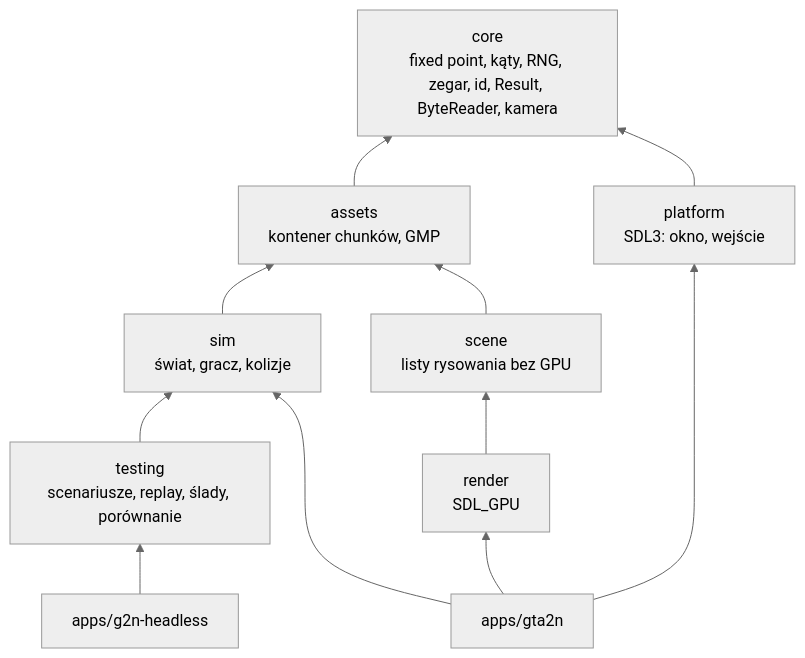
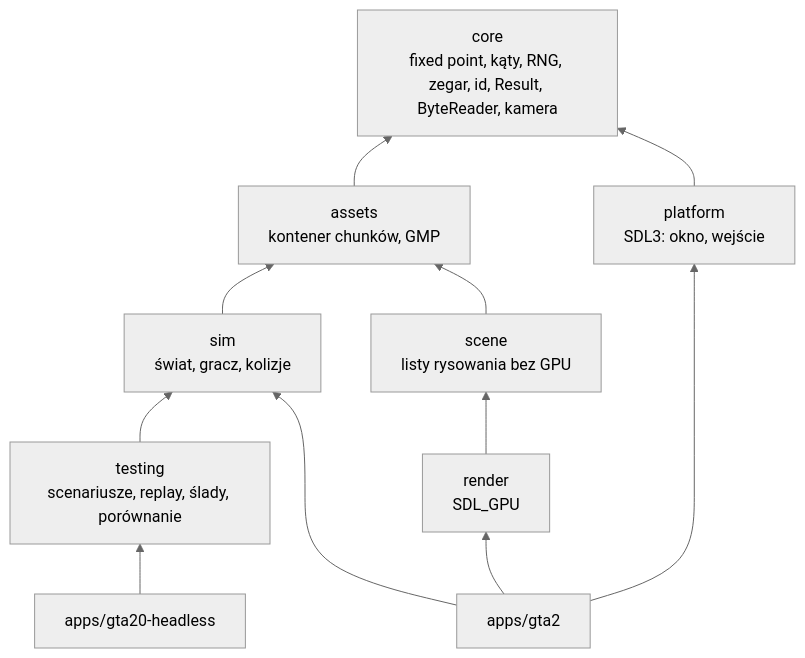
The diagram in docs/architecture.md (grzebla/gta2.0), drawn with Mermaid (neutral theme) before and after one commit. The commit also changed other lines of this file and 125 other files, not shown here.

First line of the commit message:
Rename project to GTA2.0 (gta20 namespace, gta2 app, gta20-headless)

````diff
--- a/docs/architecture.md
+++ b/docs/architecture.md
@@ -18,14 +18,14 @@
 ```mermaid
 flowchart BT
   core[core<br/>fixed point, kąty, RNG, zegar, id, Result, ByteReader, kamera]
   assets[assets<br/>kontener chunków, GMP] --> core
   sim[sim<br/>świat, gracz, kolizje] --> assets
   scene[scene<br/>listy rysowania bez GPU] --> assets
   testing[testing<br/>scenariusze, replay, ślady, porównanie] --> sim
   render[render<br/>SDL_GPU] --> scene
   platform[platform<br/>SDL3: okno, wejście] --> core
-  app[apps/gta2n] --> render
+  app[apps/gta2] --> render
   app --> platform
   app --> sim
-  headless[apps/g2n-headless] --> testing
+  headless[apps/gta20-headless] --> testing
 ```
````
